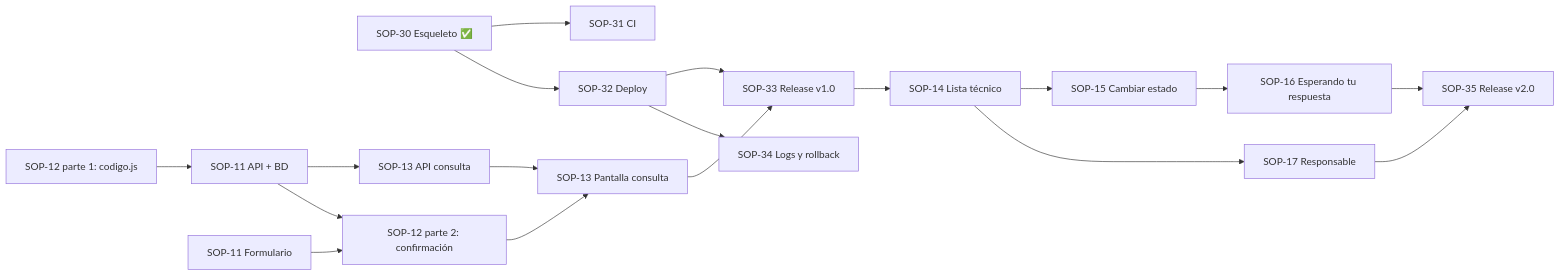
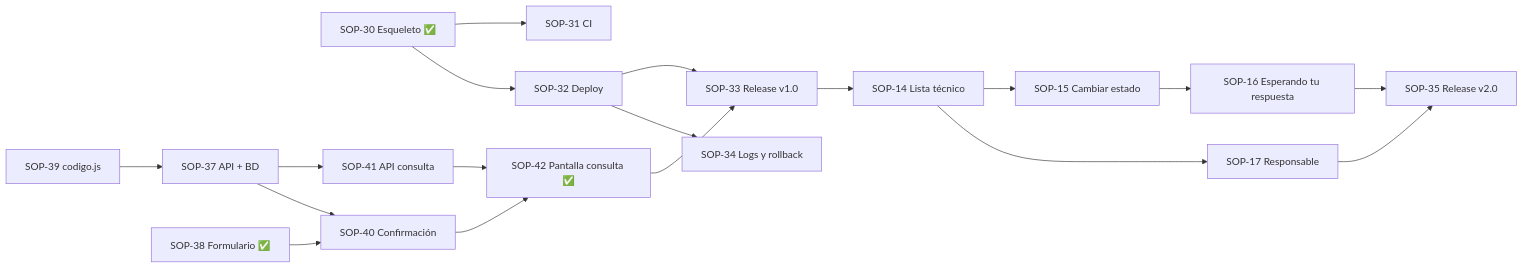
Before and after one commit to plag-soporte-eci/siguetucaso: the diagram in AGENTS.md, drawn with Mermaid. The commit also changed other lines of this file and 2 other files, not shown here.

Commit message:
SOP-43 actualiza el equipo a 4 integrantes y el nuevo Scrum Master (#7)

````diff
--- a/AGENTS.md
+++ b/AGENTS.md
@@ -190,20 +183,20 @@
 ```mermaid
 flowchart LR
   S30[SOP-30 Esqueleto ✅] --> S31[SOP-31 CI]
   S30 --> S32[SOP-32 Deploy]
-  S12a[SOP-12 parte 1: codigo.js] --> S11b[SOP-11 API + BD]
-  S11b --> S13b[SOP-13 API consulta]
-  S11f[SOP-11 Formulario] --> S12b[SOP-12 parte 2: confirmación]
-  S11b --> S12b
-  S12b --> S13f[SOP-13 Pantalla consulta]
-  S13b --> S13f
-  S13f --> S33[SOP-33 Release v1.0]
+  S39[SOP-39 codigo.js] --> S37[SOP-37 API + BD]
+  S37 --> S41[SOP-41 API consulta]
+  S38[SOP-38 Formulario ✅] --> S40[SOP-40 Confirmación]
+  S37 --> S40
+  S40 --> S42[SOP-42 Pantalla consulta ✅]
+  S41 --> S42
+  S42 --> S33[SOP-33 Release v1.0]
   S32 --> S33
   S33 --> S14[SOP-14 Lista técnico]
   S14 --> S15[SOP-15 Cambiar estado]
   S15 --> S16[SOP-16 Esperando tu respuesta]
   S14 --> S17[SOP-17 Responsable]
   S16 --> S35[SOP-35 Release v2.0]
   S17 --> S35
   S32 --> S34[SOP-34 Logs y rollback]
 ```
````
